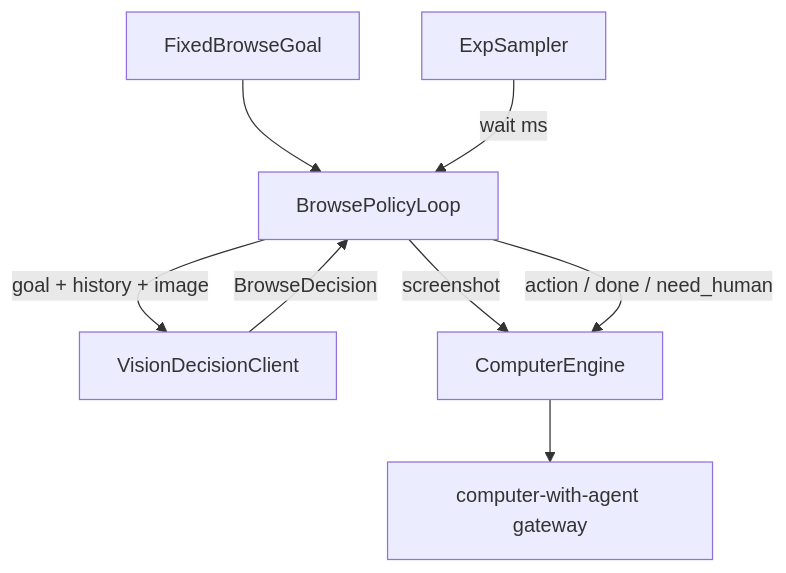
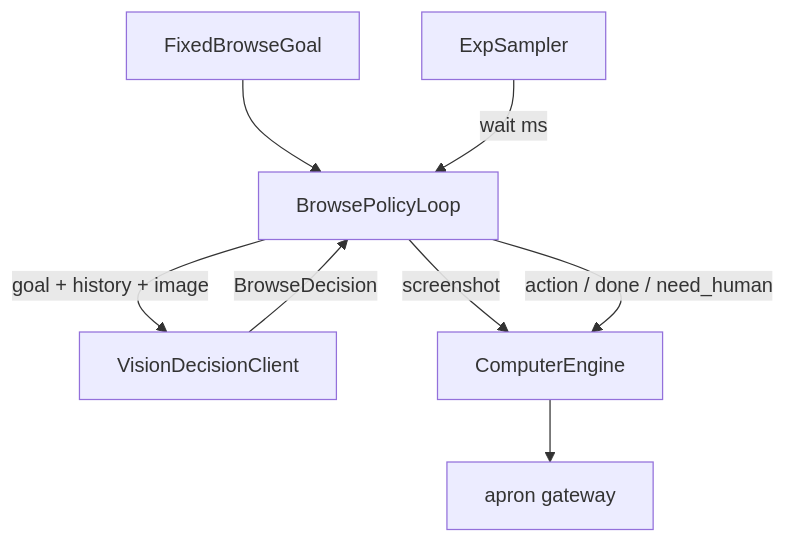
One commit to Rouche01/relay-os changed the diagram in .cursor/plans/browse_policy_loop_55e07e81.plan.md. Above: the diagram before and after it, drawn with Mermaid. The commit also changed other lines of this file and 42 other files, not shown here.

````diff
--- a/.cursor/plans/browse_policy_loop_55e07e81.plan.md
+++ b/.cursor/plans/browse_policy_loop_55e07e81.plan.md
@@ -35,17 +35,17 @@
 ```mermaid
 flowchart TD
   goal[FixedBrowseGoal]
   loop[BrowsePolicyLoop]
   timing[ExpSampler]
   llm[VisionDecisionClient]
   engine[ComputerEngine]
-  gw[computer-with-agent gateway]
+  gw[apron gateway]
 
   goal --> loop
   timing -->|"wait ms"| loop
   loop -->|"screenshot"| engine
   engine --> gw
   loop -->|"goal + history + image"| llm
   llm -->|"BrowseDecision"| loop
   loop -->|"action / done / need_human"| engine
 ```
````
